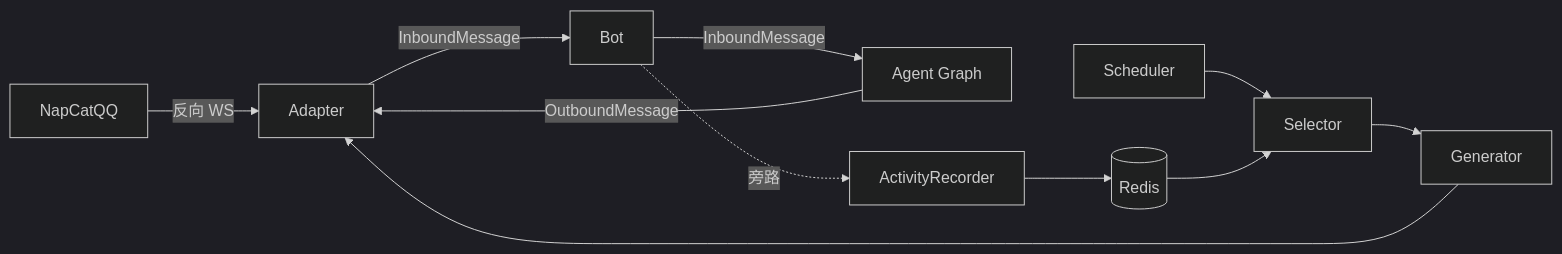
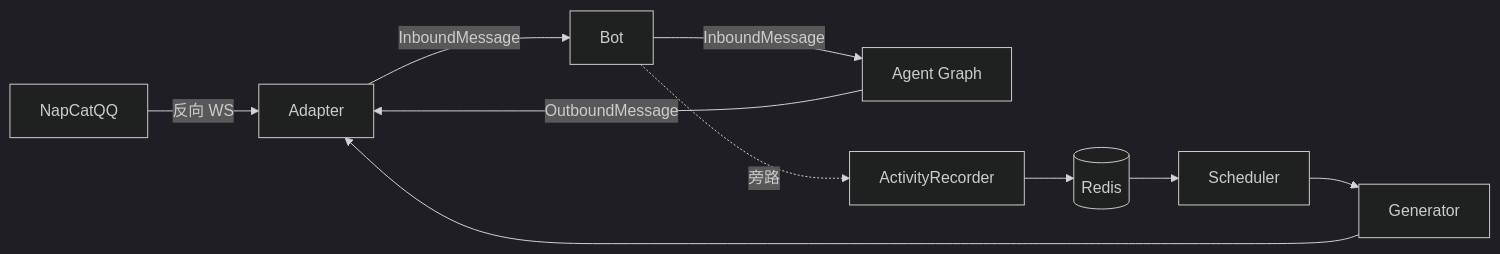
The first of 2 diagrams in README.md (CoucouMonEcho/llm-bot), drawn with Mermaid (dark theme) before and after one commit. The commit also changed other lines of this file and 18 other files, not shown here.

````diff
--- a/README.md
+++ b/README.md
@@ -18,11 +18,11 @@
 ```mermaid
 flowchart LR
     NapCat[NapCatQQ] -- "反向 WS" --> Adapter
     Adapter -->|InboundMessage| Bot
     Bot -->|InboundMessage| Graph[Agent Graph]
     Bot -.->|旁路| Recorder[ActivityRecorder]
     Graph -->|OutboundMessage| Adapter
     Recorder --> Redis[(Redis)]
-    Scheduler --> Selector --> Generator --> Adapter
-    Redis --> Selector
+    Scheduler --> Generator --> Adapter
+    Redis --> Scheduler
 ```
````
